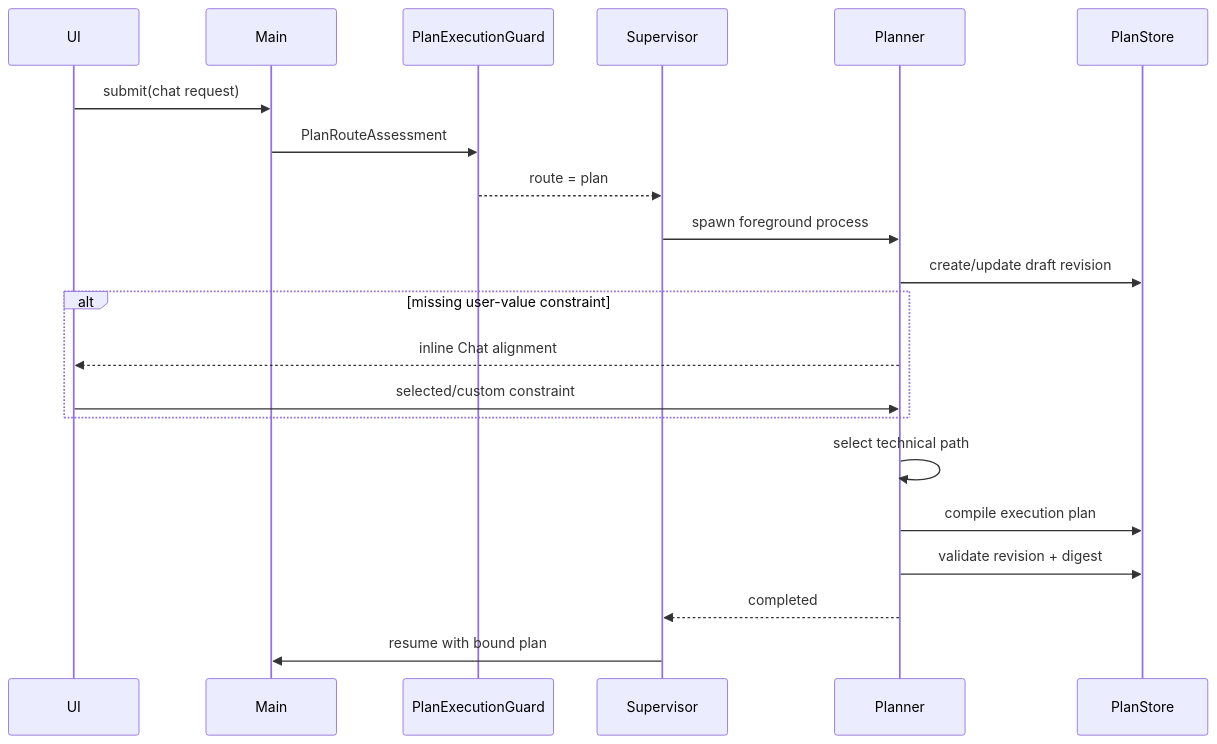
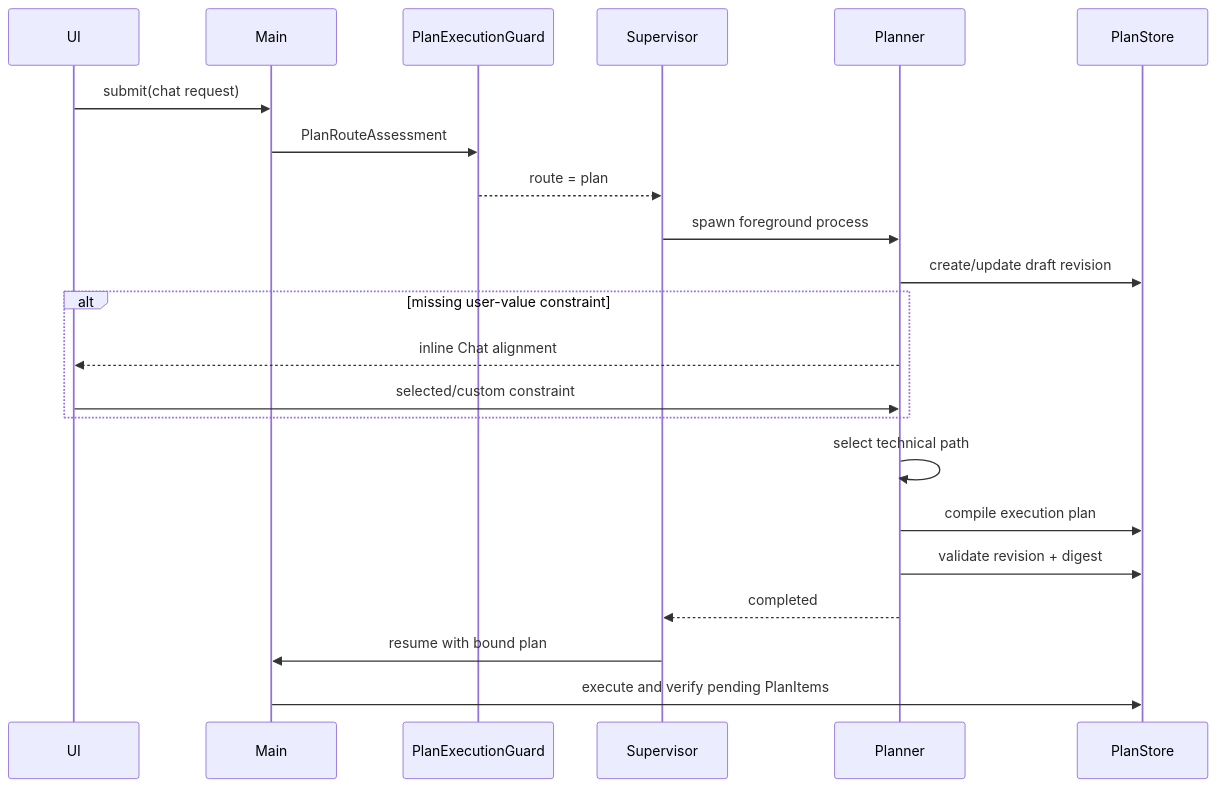
Before and after one commit to creativedswork/dscode: the first of 2 diagrams in openspec/changes/add-interactive-plan-mode/design.md, drawn with Mermaid. The commit also changed other lines of this file and 45 other files, not shown here.

````diff
--- a/openspec/changes/add-interactive-plan-mode/design.md
+++ b/openspec/changes/add-interactive-plan-mode/design.md
@@ -56,24 +56,25 @@
 ```mermaid
 sequenceDiagram
     participant UI
     participant Main
     participant Guard as PlanExecutionGuard
     participant Supervisor
     participant Planner
     participant Store as PlanStore
 
     UI->>Main: submit(chat request)
     Main->>Guard: PlanRouteAssessment
     Guard-->>Supervisor: route = plan
     Supervisor->>Planner: spawn foreground process
     Planner->>Store: create/update draft revision
     alt missing user-value constraint
         Planner-->>UI: inline Chat alignment
         UI->>Planner: selected/custom constraint
     end
     Planner->>Planner: select technical path
     Planner->>Store: compile execution plan
     Planner->>Store: validate revision + digest
     Planner-->>Supervisor: completed
     Supervisor->>Main: resume with bound plan
+    Main->>Store: execute and verify pending PlanItems
 ```
````
